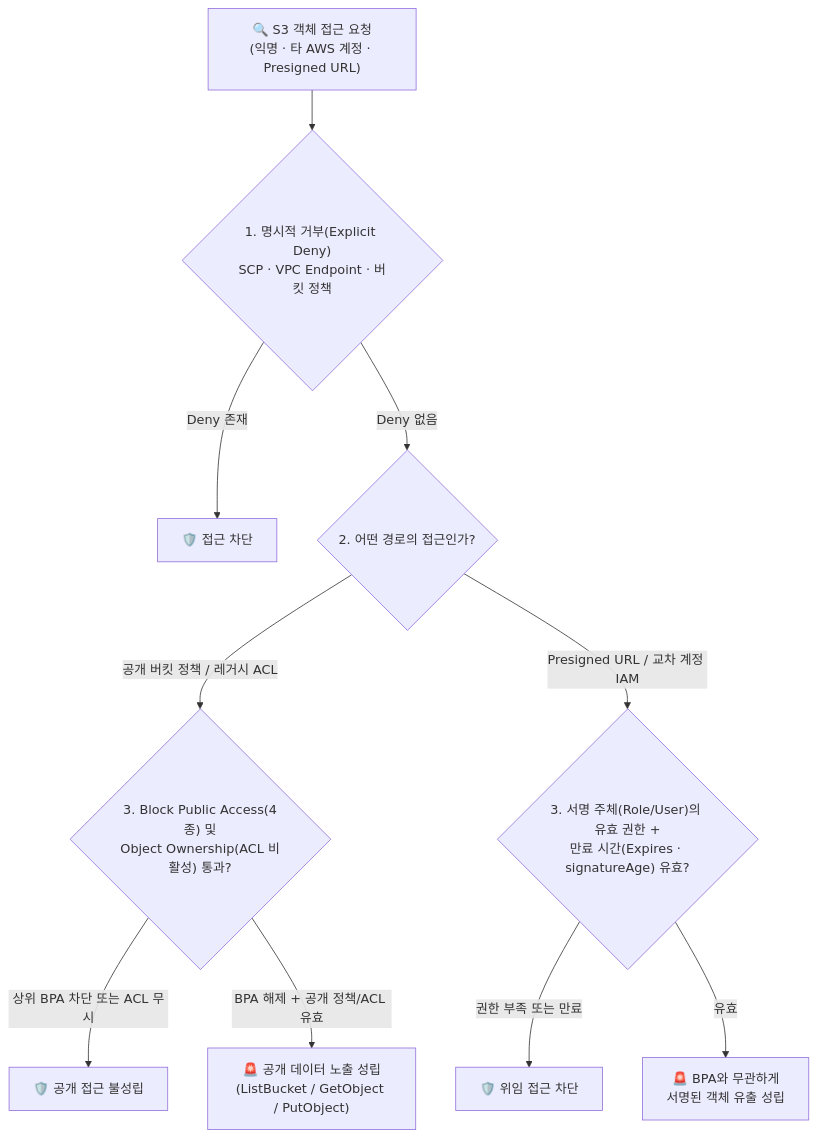
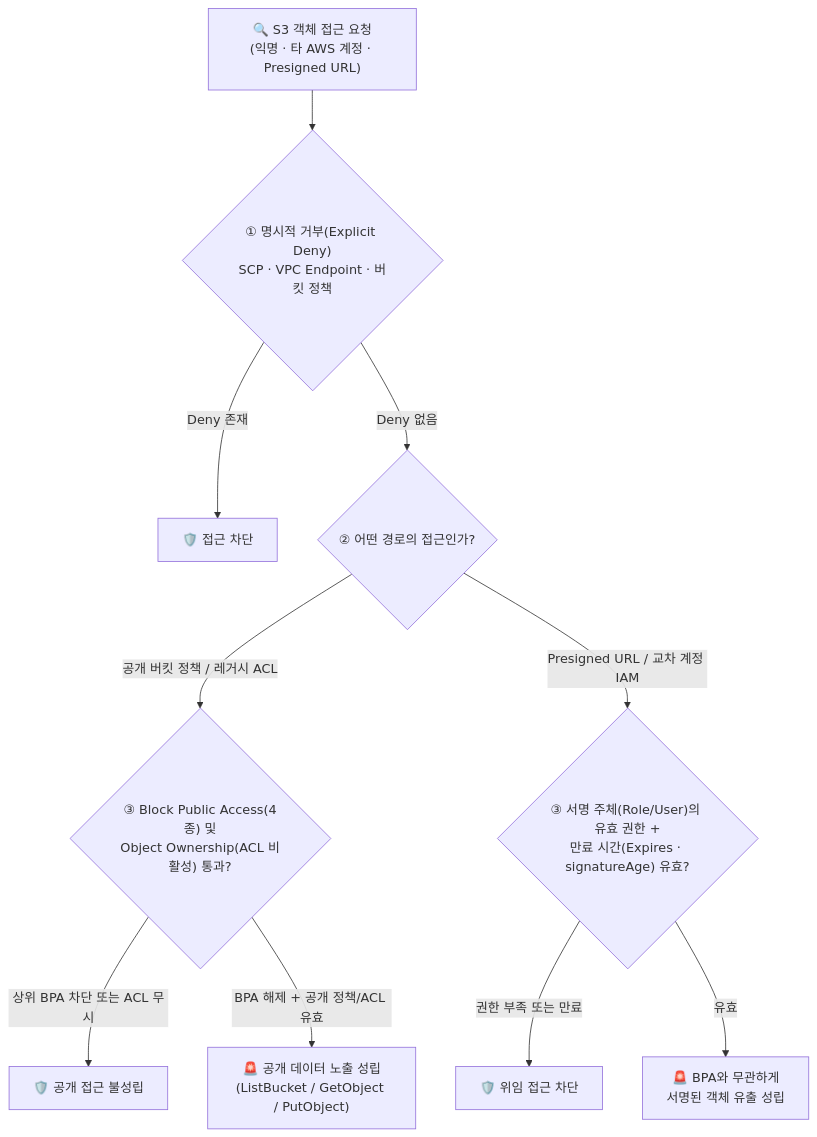
The first of 2 diagrams in content/클라우드인프라/클라우드 인프라 진단 — S3·스토리지 오남용과 데이터 유출 체인.md (gooyong-sec/gooyong-sec.github.io), drawn with Mermaid before and after one commit. The commit also changed 28 other files, not shown here.

First line of the commit message:
fix: eliminate remaining mermaid markdown-list misparse across all diagrams

````diff
--- a/content/클라우드인프라/클라우드 인프라 진단 — S3·스토리지 오남용과 데이터 유출 체인.md
+++ b/content/클라우드인프라/클라우드 인프라 진단 — S3·스토리지 오남용과 데이터 유출 체인.md
@@ -18,12 +18,12 @@
 ```mermaid
 flowchart TD
-    Req["🔍 S3 객체 접근 요청<br/>(익명 · 타 AWS 계정 · Presigned URL)"] --> DenyCheck{"1. 명시적 거부(Explicit Deny)<br/>SCP · VPC Endpoint · 버킷 정책"}
+    Req["🔍 S3 객체 접근 요청<br/>(익명 · 타 AWS 계정 · Presigned URL)"] --> DenyCheck{"① 명시적 거부(Explicit Deny)<br/>SCP · VPC Endpoint · 버킷 정책"}
     DenyCheck -->|"Deny 존재"| Block1["🛡️ 접근 차단"]
-    DenyCheck -->|"Deny 없음"| Path{"2. 어떤 경로의 접근인가?"}
-    Path -->|"공개 버킷 정책 / 레거시 ACL"| BPA{"3. Block Public Access(4종) 및<br/>Object Ownership(ACL 비활성) 통과?"}
+    DenyCheck -->|"Deny 없음"| Path{"② 어떤 경로의 접근인가?"}
+    Path -->|"공개 버킷 정책 / 레거시 ACL"| BPA{"③ Block Public Access(4종) 및<br/>Object Ownership(ACL 비활성) 통과?"}
     BPA -->|"상위 BPA 차단 또는 ACL 무시"| Block2["🛡️ 공개 접근 불성립"]
     BPA -->|"BPA 해제 + 공개 정책/ACL 유효"| Allow1["🚨 공개 데이터 노출 성립<br/>(ListBucket / GetObject / PutObject)"]
-    Path -->|"Presigned URL / 교차 계정 IAM"| SignCheck{"3. 서명 주체(Role/User)의 유효 권한 +<br/>만료 시간(Expires · signatureAge) 유효?"}
+    Path -->|"Presigned URL / 교차 계정 IAM"| SignCheck{"③ 서명 주체(Role/User)의 유효 권한 +<br/>만료 시간(Expires · signatureAge) 유효?"}
     SignCheck -->|"권한 부족 또는 만료"| Block3["🛡️ 위임 접근 차단"]
     SignCheck -->|"유효"| Allow2["🚨 BPA와 무관하게<br/>서명된 객체 유출 성립"]
 ```
````
